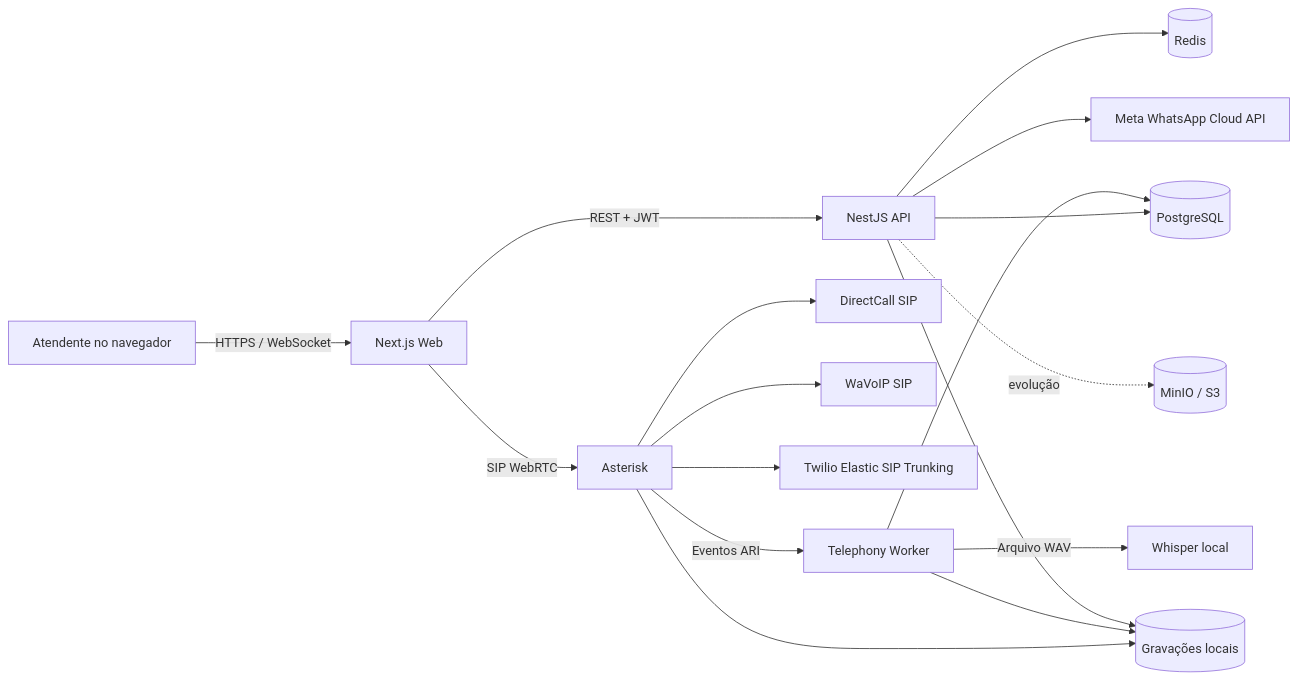
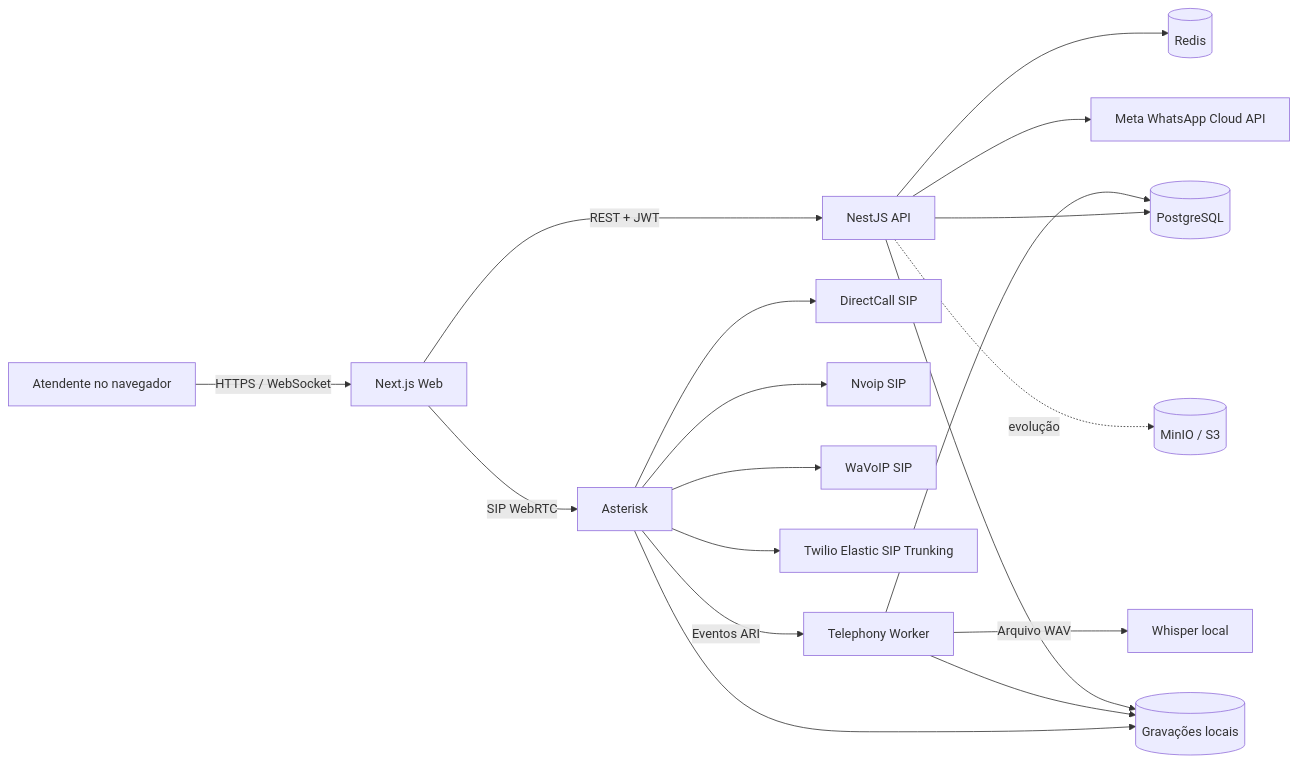
One commit to criatedavid-tech/Project-Sip changed the diagram in README.md. Above: the diagram before and after it, drawn with Mermaid. The commit also changed other lines of this file and 29 other files, not shown here.

````diff
--- a/README.md
+++ b/README.md
@@ -86,19 +100,20 @@
 ```mermaid
 flowchart LR
     U[Atendente no navegador] -->|HTTPS / WebSocket| W[Next.js Web]
     W -->|REST + JWT| A[NestJS API]
     W -->|SIP WebRTC| PBX[Asterisk]
     A --> DB[(PostgreSQL)]
     A --> R[(Redis)]
     A --> M[Meta WhatsApp Cloud API]
     PBX --> DC[DirectCall SIP]
+    PBX --> NV[Nvoip SIP]
     PBX --> WV[WaVoIP SIP]
     PBX --> TWILIO[Twilio Elastic SIP Trunking]
     PBX -->|Eventos ARI| TW[Telephony Worker]
     TW --> DB
     TW -->|Arquivo WAV| WH[Whisper local]
     PBX --> FS[(Gravações locais)]
     TW --> FS
     A --> FS
     A -. evolução .-> S3[(MinIO / S3)]
 ```
````
